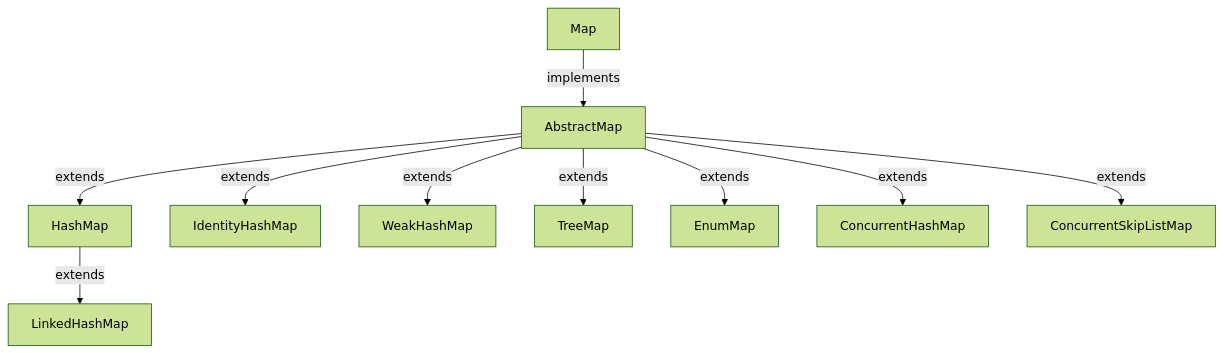
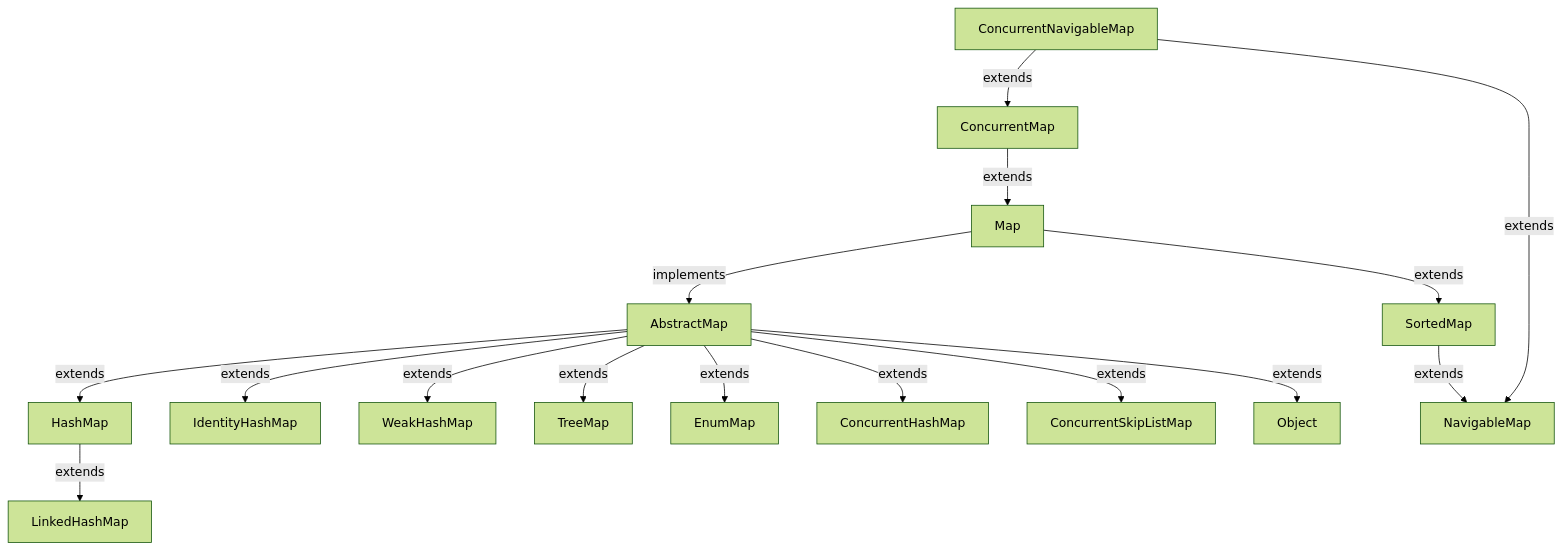
The third of 8 diagrams in README.md (AvinandanBose/Java-Collections-Map), drawn with Mermaid (forest theme) before and after one commit.

````diff
--- a/README.md
+++ b/README.md
@@ -782,13 +782,19 @@
 ```mermaid
  
  graph TD;
     Map-->|implements| AbstractMap;
     AbstractMap-->|extends| HashMap;
     AbstractMap-->|extends| IdentityHashMap;
     AbstractMap-->|extends| WeakHashMap;
     AbstractMap-->|extends| TreeMap;
     AbstractMap-->|extends| EnumMap;
     AbstractMap-->|extends| ConcurrentHashMap;
     AbstractMap-->|extends| ConcurrentSkipListMap;
+    AbstractMap-->|extends| Object;
     HashMap-->|extends| LinkedHashMap; 
+    ConcurrentMap-->|extends| Map;
+    Map-->|extends| SortedMap;
+    SortedMap-->|extends| NavigableMap;
+    ConcurrentNavigableMap-->|extends| ConcurrentMap;
+    ConcurrentNavigableMap-->|extends| NavigableMap;
  ```
````
